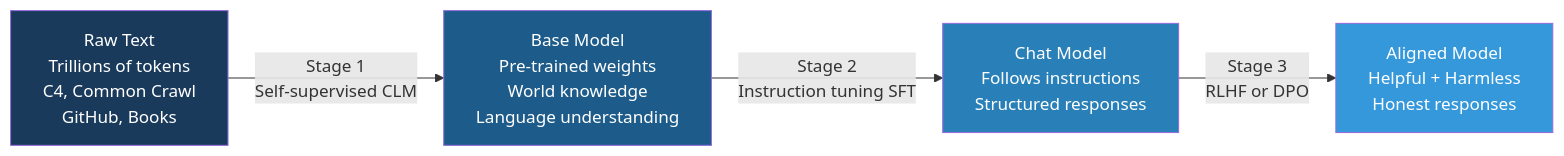
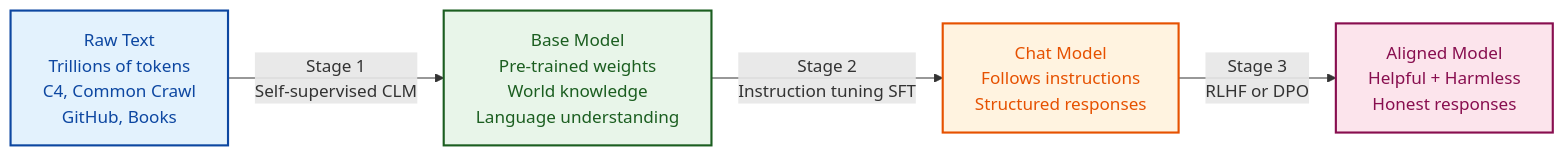
The second of 7 diagrams in docs/01-prompt-engineering/README.md (GyanendraChaubey/AI-Engineering-Notes), drawn with Mermaid before and after one commit. The commit also changed other lines of this file and 15 other files, not shown here.

Commit message:
style: apply light color palette to remaining Mermaid diagrams (docs 15 & 16)

````diff
--- a/docs/01-prompt-engineering/README.md
+++ b/docs/01-prompt-engineering/README.md
@@ -84,10 +90,10 @@
 ```mermaid
 flowchart LR
     A["Raw Text\nTrillions of tokens\nC4, Common Crawl\nGitHub, Books"] -->|"Stage 1\nSelf-supervised CLM"| B["Base Model\nPre-trained weights\nWorld knowledge\nLanguage understanding"]
     B -->|"Stage 2\nInstruction tuning SFT"| C["Chat Model\nFollows instructions\nStructured responses"]
     C -->|"Stage 3\nRLHF or DPO"| D["Aligned Model\nHelpful + Harmless\nHonest responses"]
-    style A fill:#1a3a5c,color:#fff
-    style B fill:#1d5c8a,color:#fff
-    style C fill:#2980b9,color:#fff
-    style D fill:#3498db,color:#fff
+    style A fill:#e3f2fd,stroke:#0d47a1,stroke-width:2px,color:#0d47a1
+    style B fill:#e8f5e9,stroke:#1b5e20,stroke-width:2px,color:#1b5e20
+    style C fill:#fff3e0,stroke:#e65100,stroke-width:2px,color:#e65100
+    style D fill:#fce4ec,stroke:#880e4f,stroke-width:2px,color:#880e4f
 ```
````
